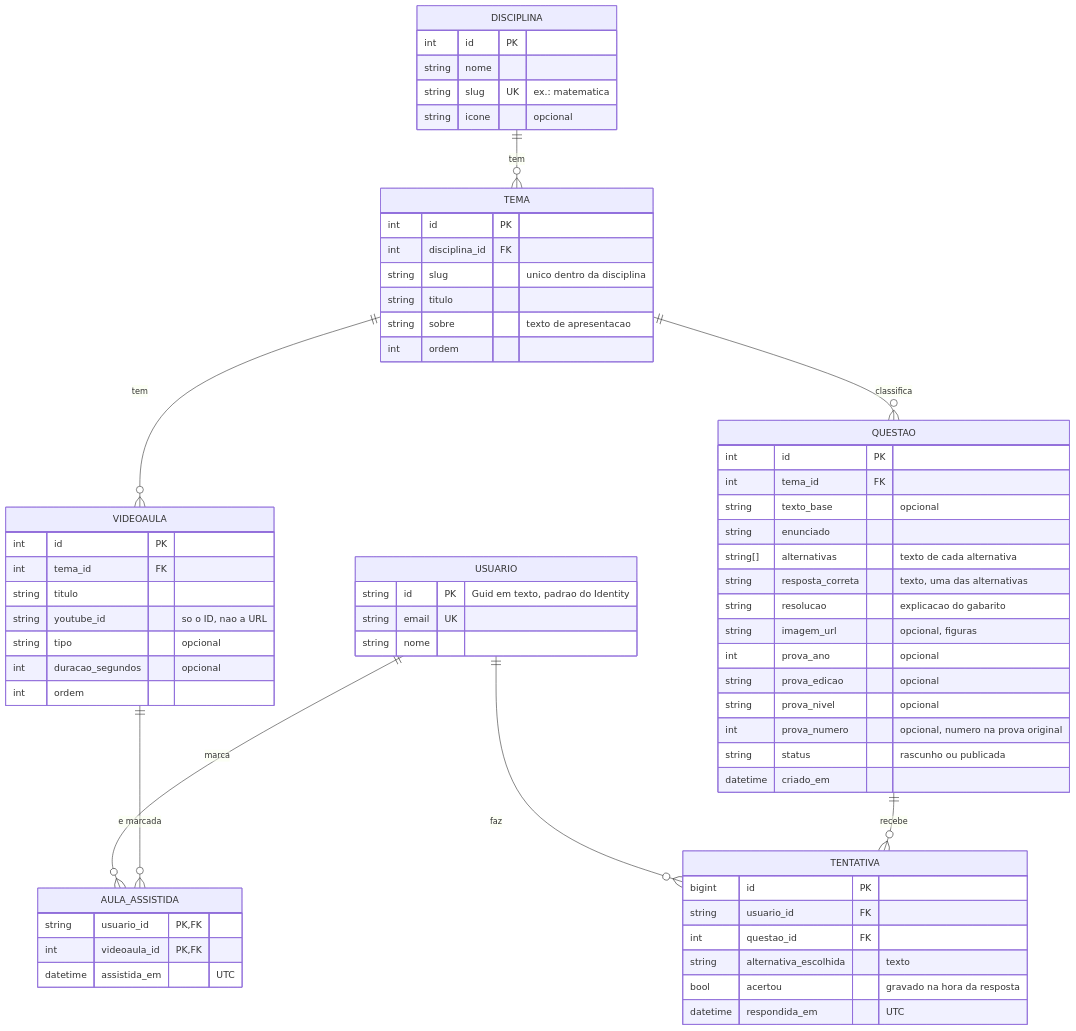
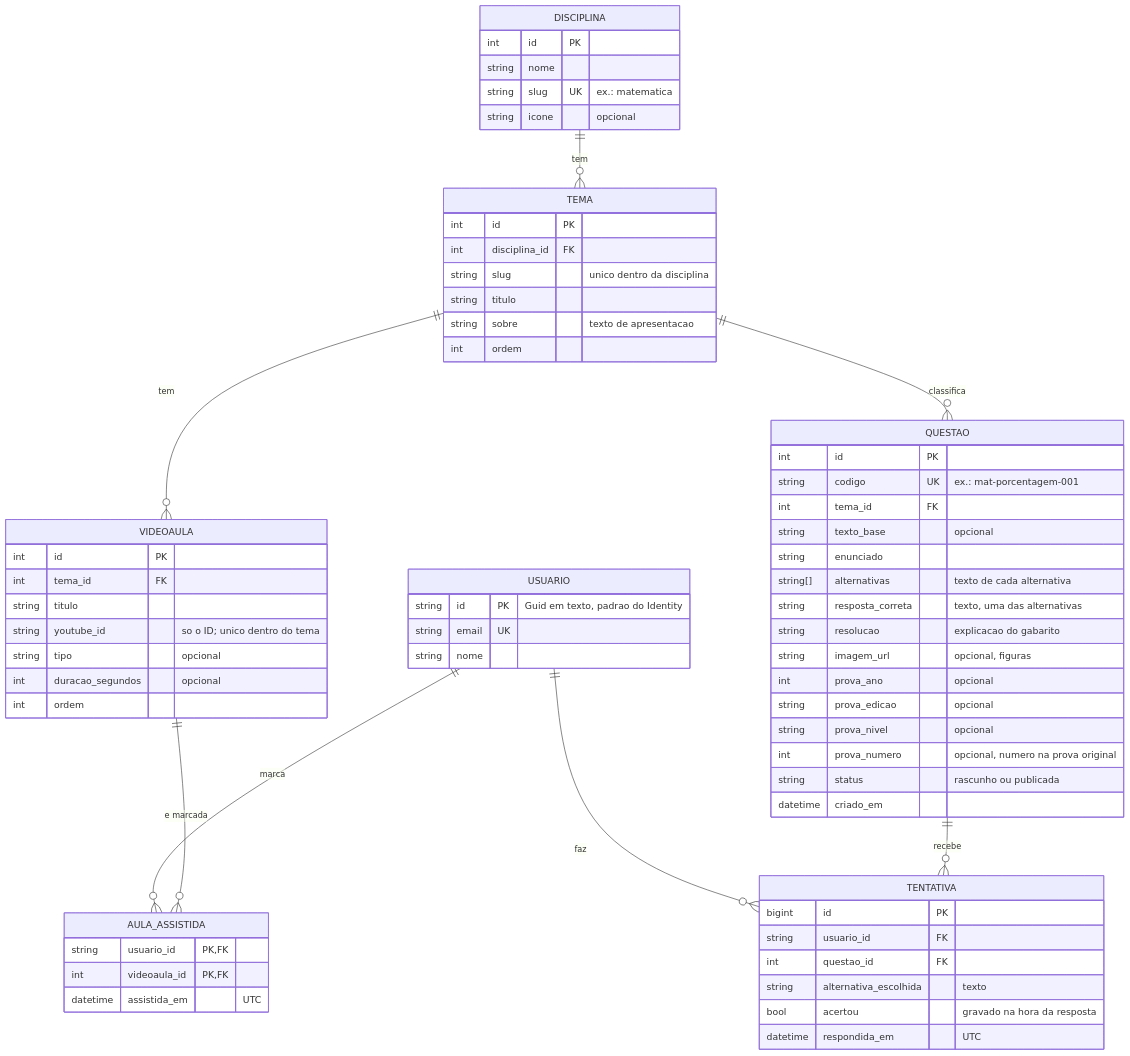
Before and after one commit to IsabellaValim/upx6-projeto: the diagram in backend/DatabaseDocs/ModelodeDados.md, drawn with Mermaid. The commit also changed other lines of this file and 10 other files, not shown here.

````diff
--- a/backend/DatabaseDocs/ModelodeDados.md
+++ b/backend/DatabaseDocs/ModelodeDados.md
@@ -28,74 +32,75 @@
 ```mermaid
 erDiagram
     DISCIPLINA ||--o{ TEMA : "tem"
     TEMA ||--o{ VIDEOAULA : "tem"
     TEMA ||--o{ QUESTAO : "classifica"
     USUARIO ||--o{ TENTATIVA : "faz"
     QUESTAO ||--o{ TENTATIVA : "recebe"
     USUARIO ||--o{ AULA_ASSISTIDA : "marca"
     VIDEOAULA ||--o{ AULA_ASSISTIDA : "e marcada"
 
     DISCIPLINA {
         int id PK
         string nome
         string slug UK "ex.: matematica"
         string icone "opcional"
     }
 
     TEMA {
         int id PK
         int disciplina_id FK
         string slug "unico dentro da disciplina"
         string titulo
         string sobre "texto de apresentacao"
         int ordem
     }
 
     VIDEOAULA {
         int id PK
         int tema_id FK
         string titulo
-        string youtube_id "so o ID, nao a URL"
+        string youtube_id "so o ID; unico dentro do tema"
         string tipo "opcional"
         int duracao_segundos "opcional"
         int ordem
     }
 
     QUESTAO {
         int id PK
+        string codigo UK "ex.: mat-porcentagem-001"
         int tema_id FK
         string texto_base "opcional"
         string enunciado
         string[] alternativas "texto de cada alternativa"
         string resposta_correta "texto, uma das alternativas"
         string resolucao "explicacao do gabarito"
         string imagem_url "opcional, figuras"
         int prova_ano "opcional"
         string prova_edicao "opcional"
         string prova_nivel "opcional"
         int prova_numero "opcional, numero na prova original"
         string status "rascunho ou publicada"
         datetime criado_em
     }
 
     USUARIO {
         string id PK "Guid em texto, padrao do Identity"
         string email UK
         string nome
     }
 
     TENTATIVA {
         bigint id PK
         string usuario_id FK
         int questao_id FK
         string alternativa_escolhida "texto"
         bool acertou "gravado na hora da resposta"
         datetime respondida_em "UTC"
     }
 
     AULA_ASSISTIDA {
         string usuario_id PK, FK
         int videoaula_id PK, FK
         datetime assistida_em "UTC"
     }
 ```
````
